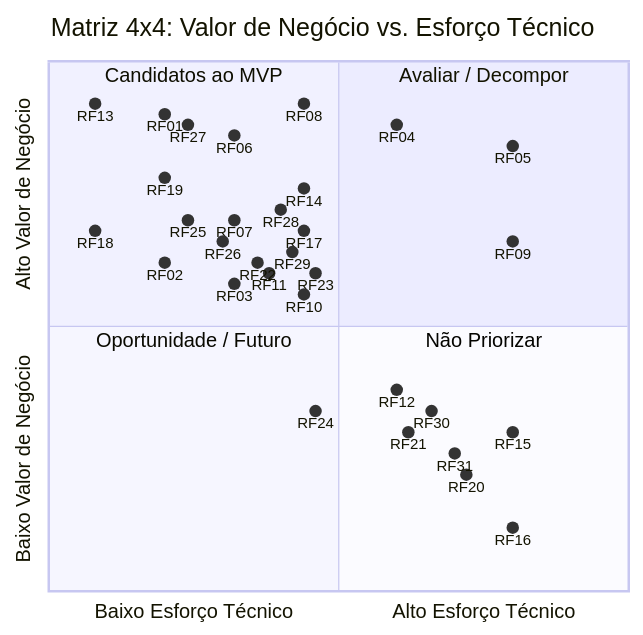
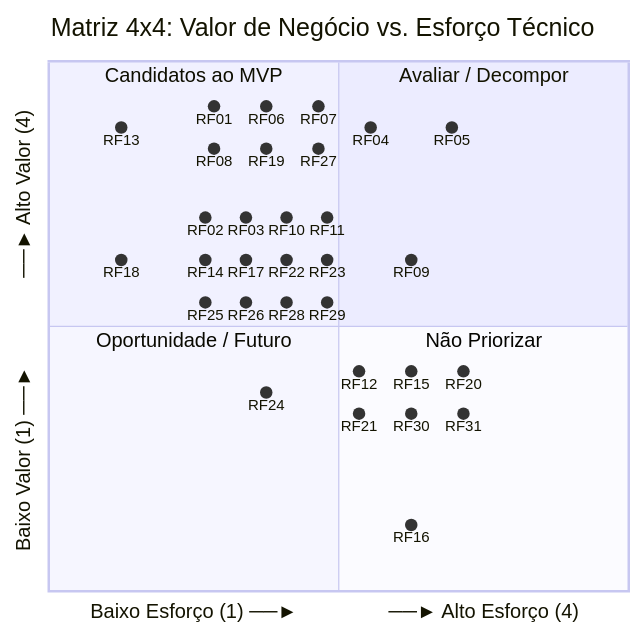
Before and after one commit to mdsreq-fga-unb/REQ-2026.2-T01-DUOC-Finance: the second of 3 diagrams in docs/requisitos/priorizacao.md, drawn with Mermaid. The commit also changed other lines of this file and 1 other file, not shown here.

````diff
--- a/docs/requisitos/priorizacao.md
+++ b/docs/requisitos/priorizacao.md
@@ -260,44 +264,50 @@
 ```mermaid
 quadrantChart
     title Matriz 4x4: Valor de Negócio vs. Esforço Técnico
-    x-axis "Baixo Esforço Técnico" --> "Alto Esforço Técnico"
-    y-axis "Baixo Valor de Negócio" --> "Alto Valor de Negócio"
+    x-axis "Baixo Esforço (1) ──►" --> "──► Alto Esforço (4)"
+    y-axis "Baixo Valor (1) ──►" --> "──► Alto Valor (4)"
     quadrant-1 "Avaliar / Decompor"
     quadrant-2 "Candidatos ao MVP"
     quadrant-3 "Oportunidade / Futuro"
     quadrant-4 "Não Priorizar"
 
-    "RF13": [0.08, 0.92]
-    "RF18": [0.08, 0.68]
+    "RF13": [0.125, 0.875]
 
-    "RF01": [0.20, 0.90]
-    "RF19": [0.20, 0.78]
-    "RF02": [0.20, 0.62]
-    "RF25": [0.24, 0.70]
-    "RF27": [0.24, 0.88]
-    "RF26": [0.30, 0.66]
-    "RF06": [0.32, 0.86]
-    "RF07": [0.32, 0.70]
-    "RF03": [0.32, 0.58]
-    "RF22": [0.36, 0.62]
-    "RF11": [0.38, 0.60]
-    "RF28": [0.40, 0.72]
-    "RF29": [0.42, 0.64]
-    "RF08": [0.44, 0.92]
-    "RF14": [0.44, 0.76]
-    "RF17": [0.44, 0.68]
-    "RF10": [0.44, 0.56]
-    "RF23": [0.46, 0.60]
-    "RF24": [0.46, 0.34]
+    "RF01": [0.285, 0.915]
+    "RF06": [0.375, 0.915]
+    "RF07": [0.465, 0.915]
+    "RF08": [0.285, 0.835]
+    "RF19": [0.375, 0.835]
+    "RF27": [0.465, 0.835]
 
-    "RF04": [0.60, 0.88]
-    "RF12": [0.60, 0.38]
-    "RF21": [0.62, 0.30]
-    "RF30": [0.66, 0.34]
-    "RF31": [0.70, 0.26]
-    "RF20": [0.72, 0.22]
-    "RF05": [0.80, 0.84]
-    "RF09": [0.80, 0.66]
-    "RF15": [0.80, 0.30]
-    "RF16": [0.80, 0.12]
+    "RF04": [0.555, 0.875]
+    "RF05": [0.695, 0.875]
+
+    "RF18": [0.125, 0.625]
+
+    "RF02": [0.270, 0.705]
+    "RF03": [0.340, 0.705]
+    "RF10": [0.410, 0.705]
+    "RF11": [0.480, 0.705]
+    "RF14": [0.270, 0.625]
+    "RF17": [0.340, 0.625]
+    "RF22": [0.410, 0.625]
+    "RF23": [0.480, 0.625]
+    "RF25": [0.270, 0.545]
+    "RF26": [0.340, 0.545]
+    "RF28": [0.410, 0.545]
+    "RF29": [0.480, 0.545]
+
+    "RF09": [0.625, 0.625]
+
+    "RF24": [0.375, 0.375]
+
+    "RF12": [0.535, 0.415]
+    "RF15": [0.625, 0.415]
+    "RF20": [0.715, 0.415]
+    "RF21": [0.535, 0.335]
+    "RF30": [0.625, 0.335]
+    "RF31": [0.715, 0.335]
+
+    "RF16": [0.625, 0.125]
 ```
````
